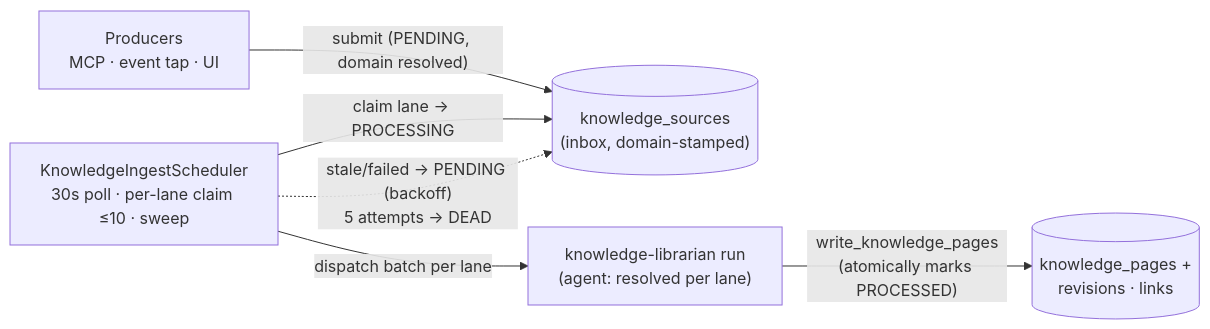
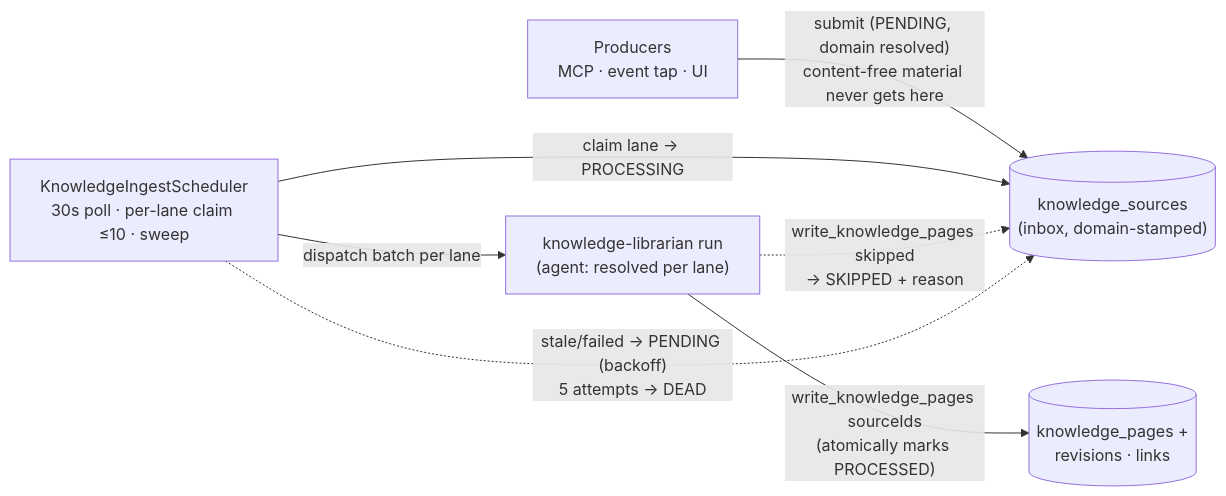
One commit to cliangdev/conductor changed the first of 2 diagrams in docs/knowledge.md. Above: the diagram before and after it, drawn with Mermaid. The commit also changed other lines of this file and 63 other files, not shown here.

First line of the commit message:
Stop the Knowledge Center filing noise; let humans teach the librarian what to skip (#352)

````diff
--- a/docs/knowledge.md
+++ b/docs/knowledge.md
@@ -93,14 +95,15 @@
 ```mermaid
 flowchart LR
     Producers["Producers<br/>MCP · event tap · UI"]
     Inbox[("knowledge_sources<br/>(inbox, domain-stamped)")]
     Sched["KnowledgeIngestScheduler<br/>30s poll · per-lane claim ≤10 · sweep"]
     Librarian["knowledge-librarian run<br/>(agent: resolved per lane)"]
     Pages[("knowledge_pages +<br/>revisions · links")]
 
-    Producers -- "submit (PENDING, domain resolved)" --> Inbox
+    Producers -- "submit (PENDING, domain resolved)<br/>content-free material never gets here" --> Inbox
     Sched -- "claim lane → PROCESSING" --> Inbox
     Sched -- "dispatch batch per lane" --> Librarian
-    Librarian -- "write_knowledge_pages<br/>(atomically marks PROCESSED)" --> Pages
+    Librarian -- "write_knowledge_pages sourceIds<br/>(atomically marks PROCESSED)" --> Pages
+    Librarian -. "write_knowledge_pages skipped<br/>→ SKIPPED + reason" .-> Inbox
     Sched -. "stale/failed → PENDING (backoff)<br/>5 attempts → DEAD" .-> Inbox
 ```
````
